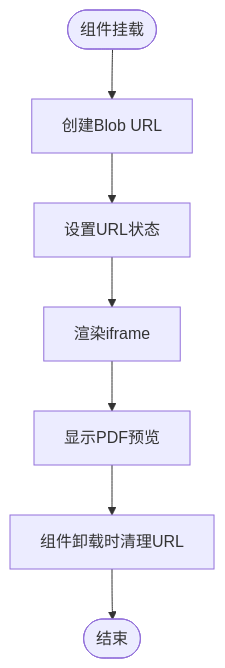
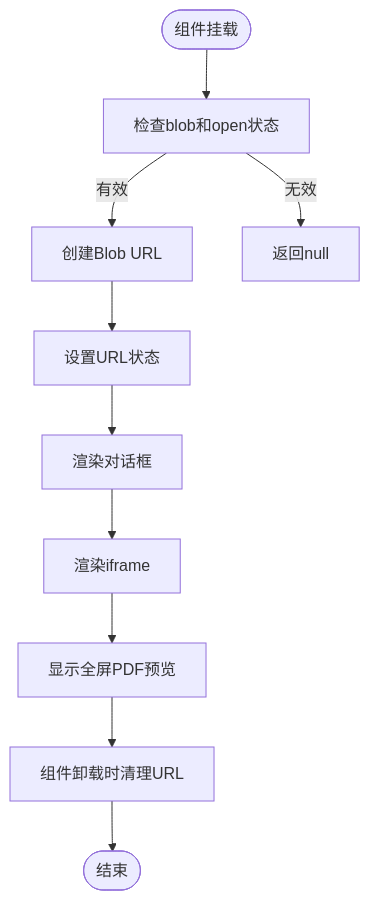
Before and after one commit to sgyy/privadeck: the fifth of 6 diagrams in .qoder/repowiki/zh/content/UI组件系统/共享组件/PDF文件预览组件.md, drawn with Mermaid. The commit also changed other lines of this file and 4 other files, not shown here.

````diff
--- a/.qoder/repowiki/zh/content/UI组件系统/共享组件/PDF文件预览组件.md
+++ b/.qoder/repowiki/zh/content/UI组件系统/共享组件/PDF文件预览组件.md
@@ -252,9 +268,12 @@
 ```mermaid
 flowchart TD
-Start([组件挂载]) --> CreateURL[创建Blob URL]
+Start([组件挂载]) --> CheckBlob[检查blob和open状态]
+CheckBlob --> |有效| CreateURL[创建Blob URL]
+CheckBlob --> |无效| ReturnNull[返回null]
 CreateURL --> SetState[设置URL状态]
-SetState --> RenderIframe[渲染iframe]
-RenderIframe --> Display[显示PDF预览]
+SetState --> RenderDialog[渲染对话框]
+RenderDialog --> RenderIframe[渲染iframe]
+RenderIframe --> Display[显示全屏PDF预览]
 Display --> Cleanup[组件卸载时清理URL]
 Cleanup --> End([结束])
 ```
````
